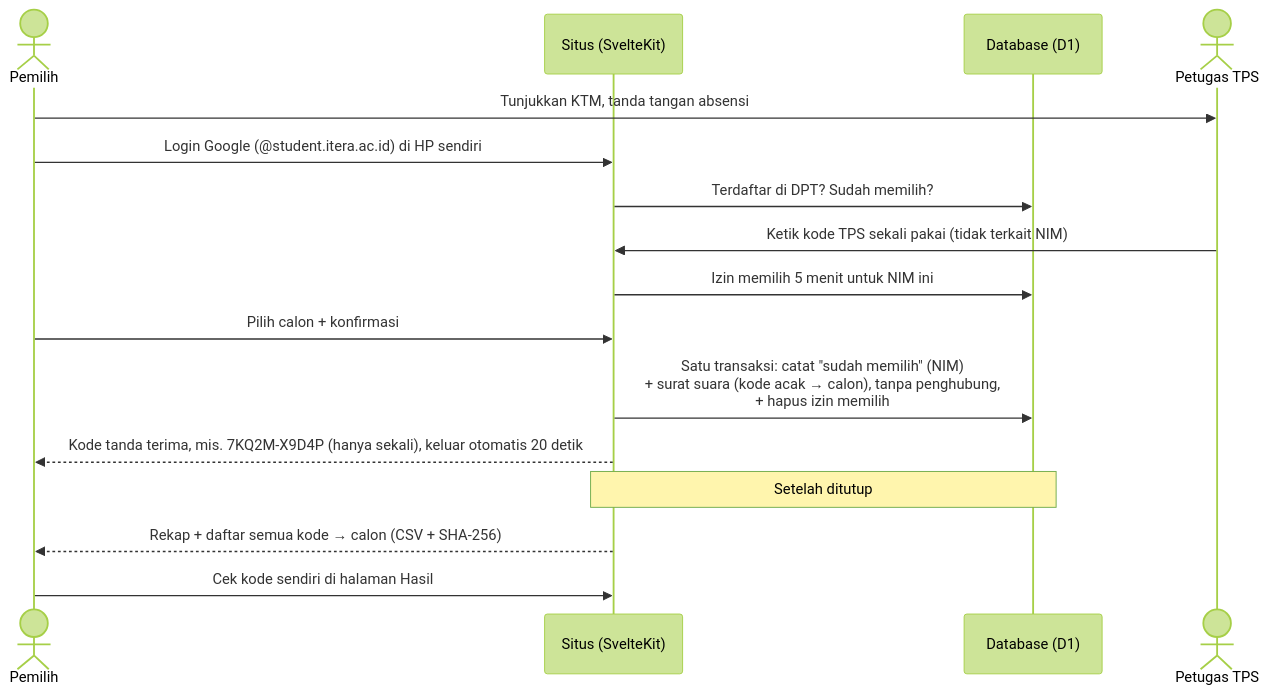
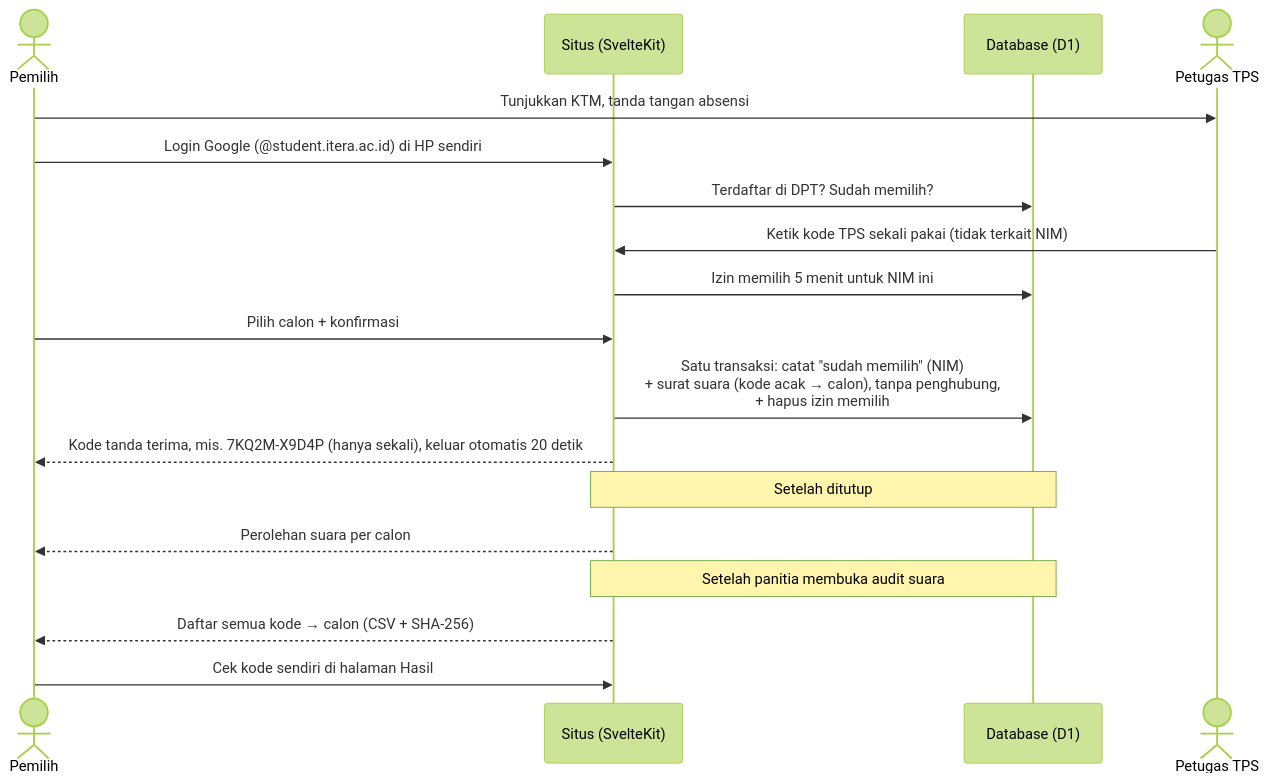
Before and after one commit to Persekutuan-Mahasiswa-Kristen-ITERA/pemira-pmk-2026: the diagram in README.md, drawn with Mermaid (forest theme). The commit also changed other lines of this file and 2 other files, not shown here.

````diff
--- a/README.md
+++ b/README.md
@@ -43,19 +43,21 @@
 ```mermaid
 sequenceDiagram
     actor P as Pemilih
     participant S as Situs (SvelteKit)
     participant DB as Database (D1)
 
     actor T as Petugas TPS
     P->>T: Tunjukkan KTM, tanda tangan absensi
     P->>S: Login Google (@student.itera.ac.id) di HP sendiri
     S->>DB: Terdaftar di DPT? Sudah memilih?
     T->>S: Ketik kode TPS sekali pakai (tidak terkait NIM)
     S->>DB: Izin memilih 5 menit untuk NIM ini
     P->>S: Pilih calon + konfirmasi
     S->>DB: Satu transaksi: catat "sudah memilih" (NIM)<br/>+ surat suara (kode acak → calon), tanpa penghubung,<br/>+ hapus izin memilih
     S-->>P: Kode tanda terima, mis. 7KQ2M-X9D4P (hanya sekali), keluar otomatis 20 detik
     Note over S,DB: Setelah ditutup
-    S-->>P: Rekap + daftar semua kode → calon (CSV + SHA-256)
+    S-->>P: Perolehan suara per calon
+    Note over S,DB: Setelah panitia membuka audit suara
+    S-->>P: Daftar semua kode → calon (CSV + SHA-256)
     P->>S: Cek kode sendiri di halaman Hasil
 ```
````
